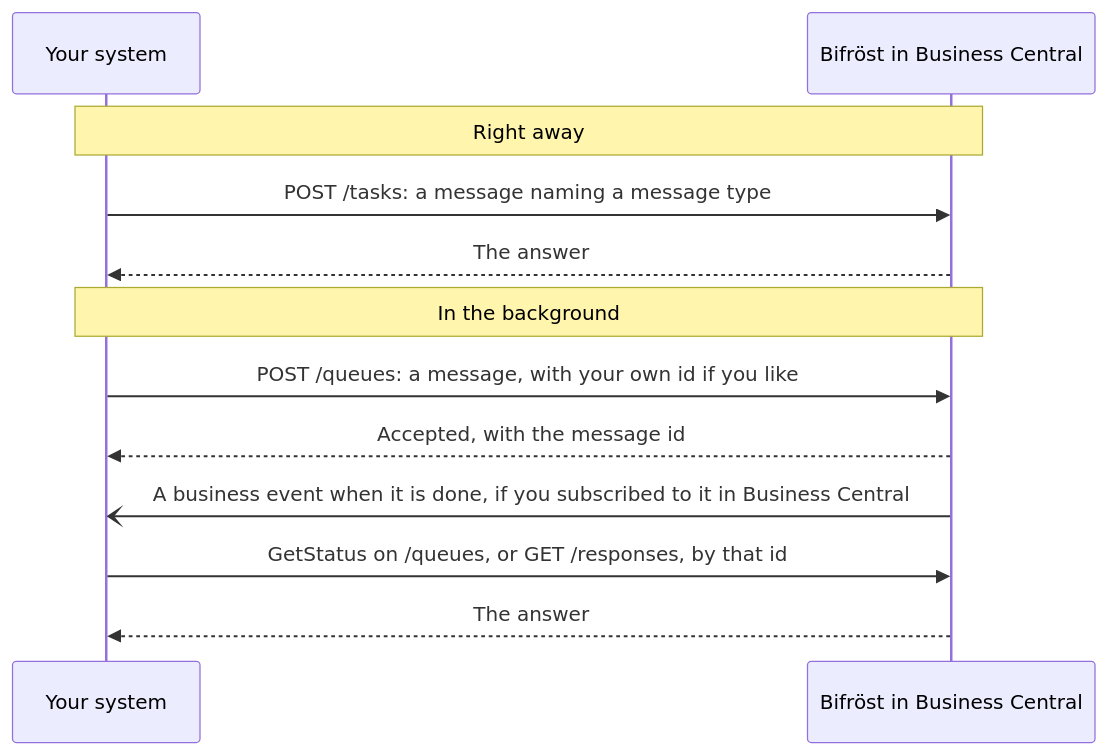
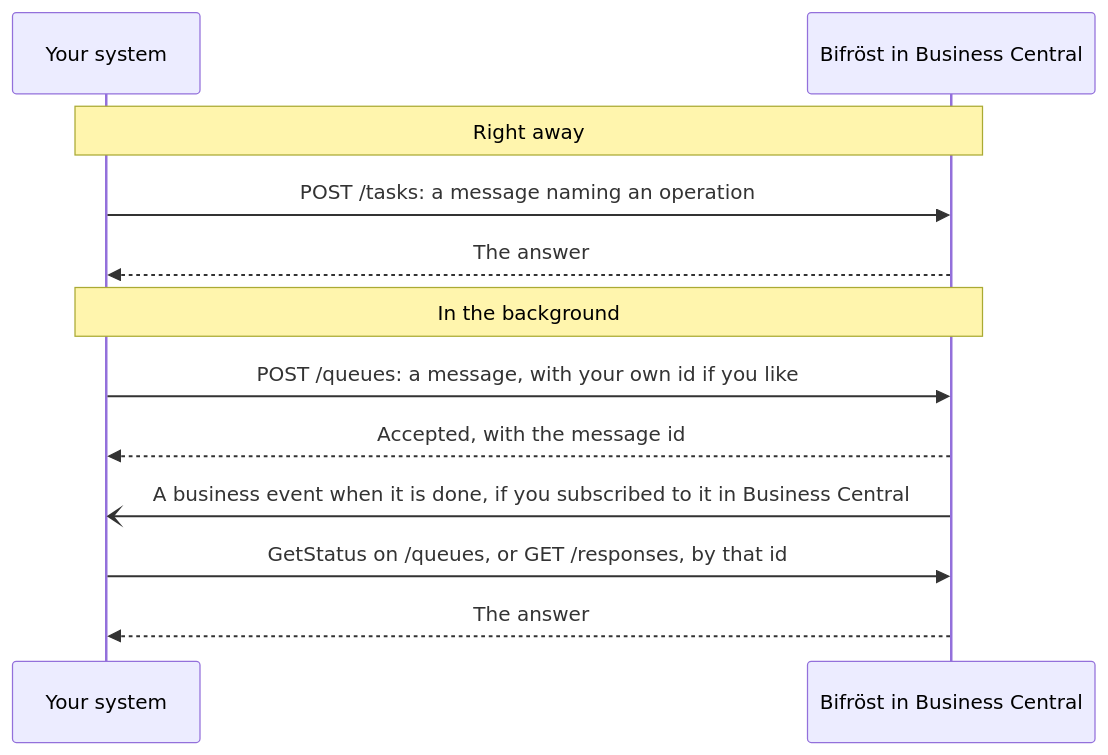
The diagram in docs/documentation/end-customers/developers.md (businesscentralal/bifrost), drawn with Mermaid before and after one commit. The commit also changed other lines of this file and 22 other files, not shown here.

````diff
--- a/docs/documentation/end-customers/developers.md
+++ b/docs/documentation/end-customers/developers.md
@@ -33,14 +34,14 @@
 ```mermaid
 sequenceDiagram
   participant S as Your system
   participant B as Bifröst in Business Central
   Note over S,B: Right away
-  S->>B: POST /tasks: a message naming a message type
+  S->>B: POST /tasks: a message naming an operation
   B-->>S: The answer
   Note over S,B: In the background
   S->>B: POST /queues: a message, with your own id if you like
   B-->>S: Accepted, with the message id
   B-)S: A business event when it is done, if you subscribed to it in Business Central
   S->>B: GetStatus on /queues, or GET /responses, by that id
   B-->>S: The answer
 ```
````
